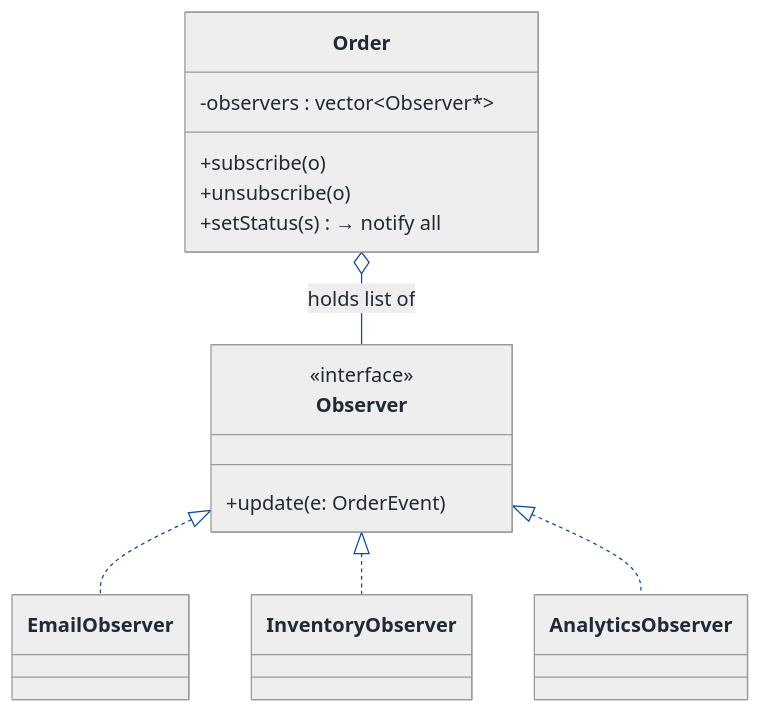
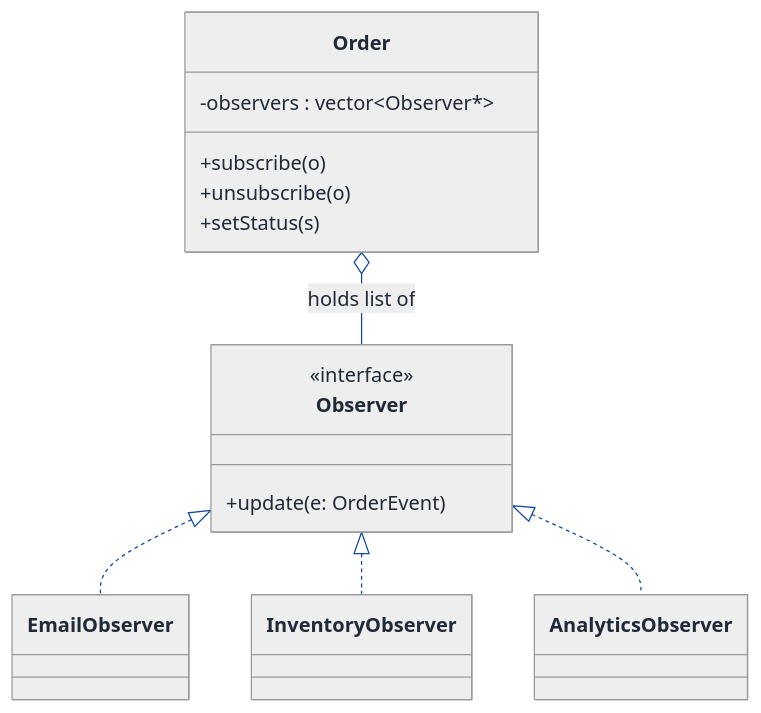
One commit to Prateek-5/question-bank changed the second of 8 diagrams in LLD/Topics/Observer_Pattern/Observer_Vs_PubSub.md. Above: the diagram before and after it, drawn with Mermaid. The commit also changed other lines of this file and 61 other files, not shown here.

First line of the commit message:
Fix invalid mermaid classDiagram member syntax across LLD walkthroughs

````diff
--- a/LLD/Topics/Observer_Pattern/Observer_Vs_PubSub.md
+++ b/LLD/Topics/Observer_Pattern/Observer_Vs_PubSub.md
@@ -343,53 +343,53 @@
 ```mermaid
 ---
 config:
   theme: neutral
   themeVariables:
     background: '#ffffff'
     primaryColor: '#cfe2ff'
     primaryTextColor: '#1f2937'
     primaryBorderColor: '#084298'
     secondaryColor: '#fff3cd'
     secondaryTextColor: '#1f2937'
     secondaryBorderColor: '#664d03'
     tertiaryColor: '#d1e7dd'
     tertiaryTextColor: '#1f2937'
     tertiaryBorderColor: '#0a3622'
     lineColor: '#0d47a1'
     textColor: '#1f2937'
     noteBkgColor: '#fff3cd'
     noteTextColor: '#1f2937'
     noteBorderColor: '#997404'
     actorBkg: '#cfe2ff'
     actorBorder: '#084298'
     actorTextColor: '#1f2937'
     signalColor: '#0d47a1'
     signalTextColor: '#1f2937'
     labelBoxBkgColor: '#ffffff'
     labelBoxBorderColor: '#d3d3d3'
     labelTextColor: '#1f2937'
     edgeLabelBackground: '#ffffff'
     labelBackground: '#ffffff'
     classText: '#1f2937'
     fontFamily: 'system-ui, -apple-system, Segoe UI, Helvetica, Arial, sans-serif'
 ---
 classDiagram
   direction TB
   class Order {
     -observers : vector~Observer*~
     +subscribe(o)
     +unsubscribe(o)
-    +setStatus(s) → notify all
+    +setStatus(s)
   }
   class Observer {
     <<interface>>
     +update(e: OrderEvent)
   }
   class EmailObserver
   class InventoryObserver
   class AnalyticsObserver
   Order o-- Observer : holds list of
   Observer <|.. EmailObserver
   Observer <|.. InventoryObserver
   Observer <|.. AnalyticsObserver
 ```
````
